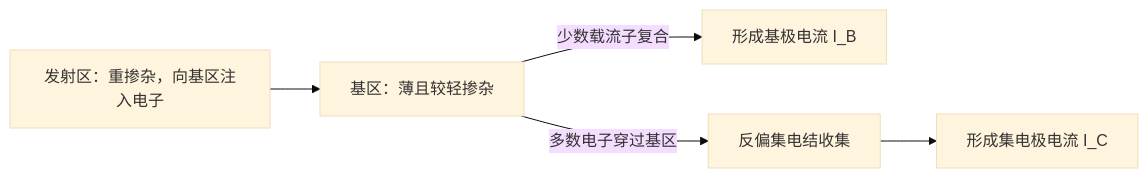
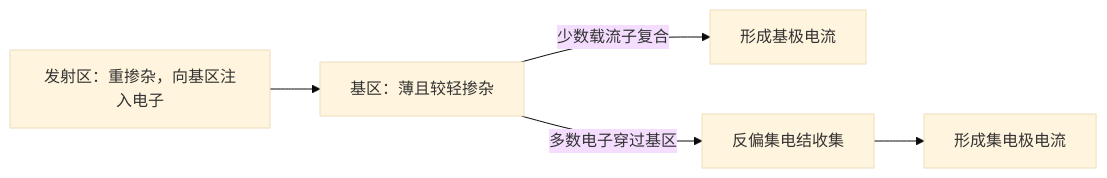
The diagram in 03 提炼笔记/概念/2026-11-05-BJT结构与放大.md (yizhiwx12/yizhi-personal_knowledge_base), drawn with Mermaid (base theme) before and after one commit. The commit also changed other lines of this file and 82 other files, not shown here.

````diff
--- a/03 提炼笔记/概念/2026-11-05-BJT结构与放大.md
+++ b/03 提炼笔记/概念/2026-11-05-BJT结构与放大.md
@@ -28,7 +47,7 @@
 ```mermaid
 flowchart LR
     E["发射区：重掺杂，向基区注入电子"] --> B["基区：薄且较轻掺杂"]
-    B -->|少数载流子复合| IB["形成基极电流 I_B"]
+    B -->|少数载流子复合| IB["形成基极电流"]
     B -->|多数电子穿过基区| C["反偏集电结收集"]
-    C --> IC["形成集电极电流 I_C"]
+    C --> IC["形成集电极电流"]
 ```
````
